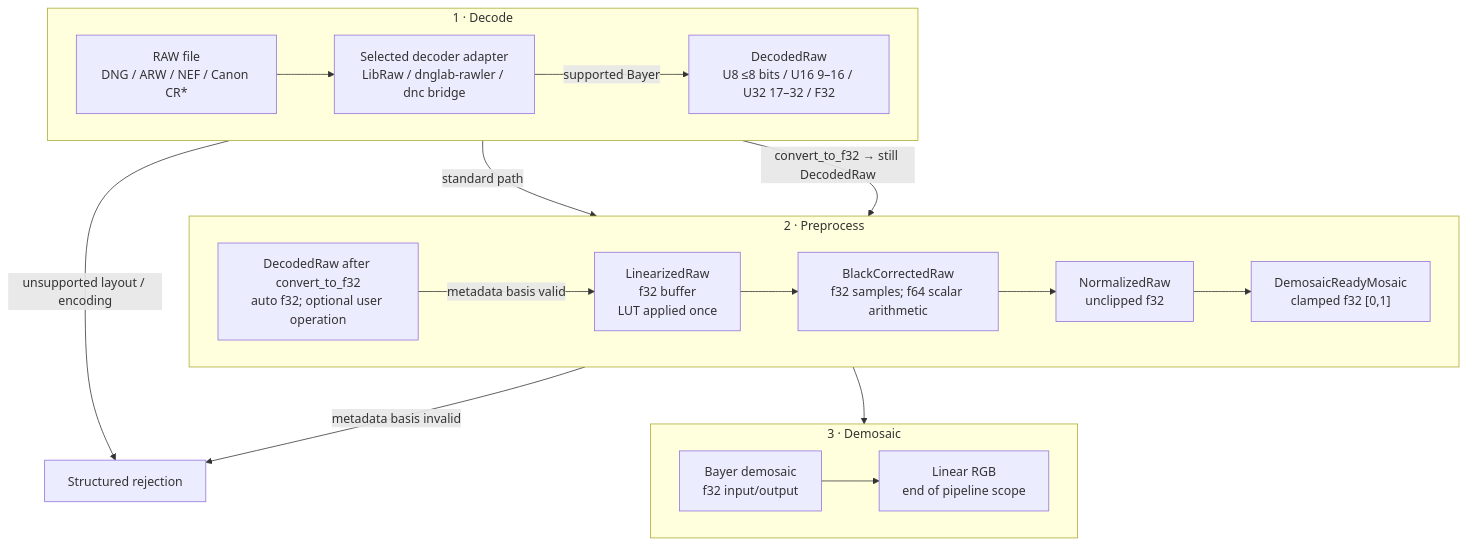
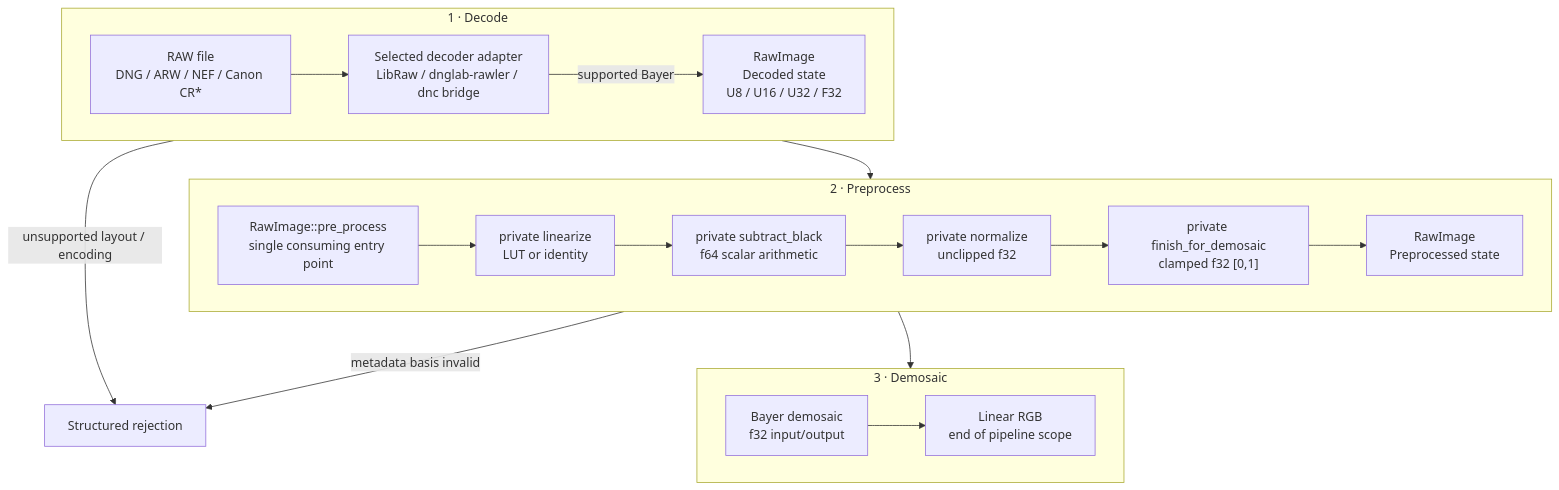
The diagram in docs/raw-pipeline/raw-image-process.md (Glatzel/fornax), drawn with Mermaid before and after one commit. The commit also changed other lines of this file and 11 other files, not shown here.

Commit message:
refactor(impl-core-001): simplify RawImage preprocessing model

````diff
--- a/docs/raw-pipeline/raw-image-process.md
+++ b/docs/raw-pipeline/raw-image-process.md
@@ -10,40 +10,37 @@
 ```mermaid
 flowchart TB
     subgraph DecodePhase["1 · Decode"]
         direction LR
         File["RAW file\nDNG / ARW / NEF / Canon CR*"]
         Adapter["Selected decoder adapter\nLibRaw / dnglab-rawler / dnc bridge"]
-        Decoded["DecodedRaw\nU8 ≤8 bits / U16 9–16 / U32 17–32 / F32"]
+        Decoded["RawImage\nDecoded state\nU8 / U16 / U32 / F32"]
         File --> Adapter
         Adapter -->|supported Bayer| Decoded
     end
 
     subgraph PreprocessPhase["2 · Preprocess"]
         direction LR
-        Custom["DecodedRaw after convert_to_f32\nauto f32; optional user operation"]
-        Linear["LinearizedRaw\nf32 buffer\nLUT applied once"]
-        Subtract["BlackCorrectedRaw\nf32 samples; f64 scalar arithmetic"]
-        Normalize["NormalizedRaw\nunclipped f32"]
-        Ready["DemosaicReadyMosaic\nclamped f32 [0,1]"]
+        Preprocess["RawImage::pre_process\nsingle consuming entry point"]
+        Linear["private linearize\nLUT or identity"]
+        Subtract["private subtract_black\nf64 scalar arithmetic"]
+        Normalize["private normalize\nunclipped f32"]
+        Finish["private finish_for_demosaic\nclamped f32 [0,1]"]
+        Ready["RawImage\nPreprocessed state"]
 
-        Decoded -->|standard path| Linear
-        Decoded -->|"convert_to_f32 → still DecodedRaw"| Custom
-        Custom -->|metadata basis valid| Linear
-        Linear --> Subtract
-        Subtract --> Normalize
-        Normalize --> Ready
+        Decoded --> Preprocess
+        Preprocess --> Linear --> Subtract --> Normalize --> Finish --> Ready
     end
 
     subgraph DemosaicPhase["3 · Demosaic"]
         direction LR
         Demosaic["Bayer demosaic\nf32 input/output"]
         Done["Linear RGB\nend of pipeline scope"]
         Demosaic --> Done
     end
 
     Reject["Structured rejection"]
 
     Adapter -->|unsupported layout / encoding| Reject
-    Custom -->|metadata basis invalid| Reject
+    Preprocess -->|metadata basis invalid| Reject
     Ready --> Demosaic
 ```
````
